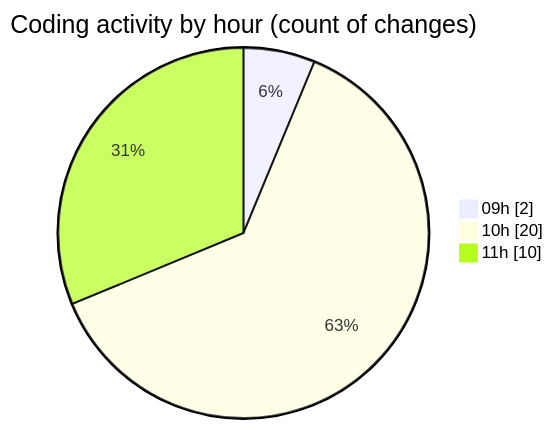
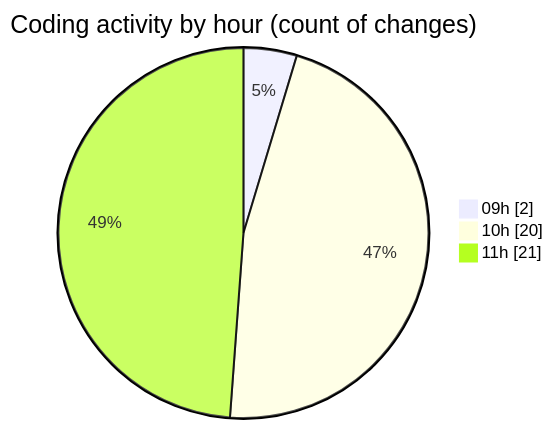
The second of 2 diagrams in 2025-04-08/cda/README.md (momahboobian/code-tracking), drawn with Mermaid before and after one commit. The commit also changed other lines of this file and 1 other file, not shown here.

````diff
--- a/2025-04-08/cda/README.md
+++ b/2025-04-08/cda/README.md
@@ -31,7 +31,7 @@
 ```mermaid
 pie showData
 title Coding activity by hour (count of changes)
 "09h" : 2
 "10h" : 20
-"11h" : 10
+"11h" : 21
 ```
````
